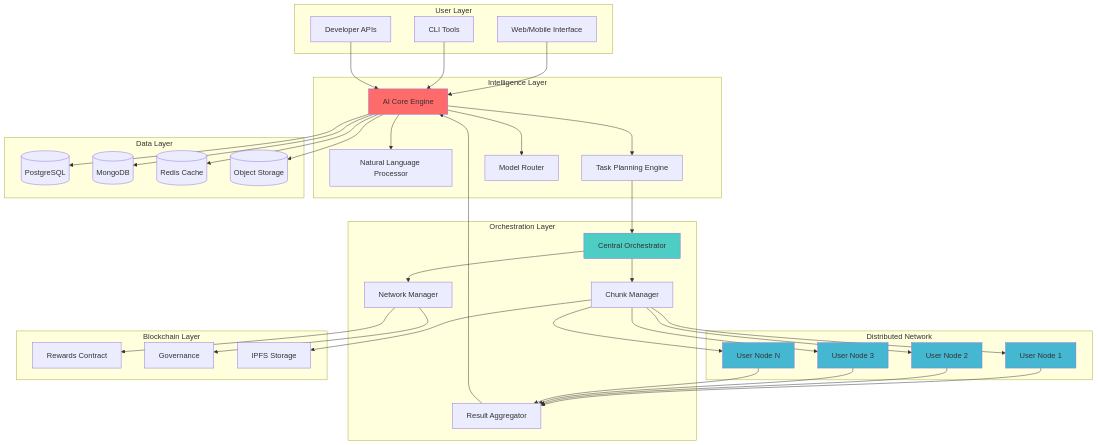
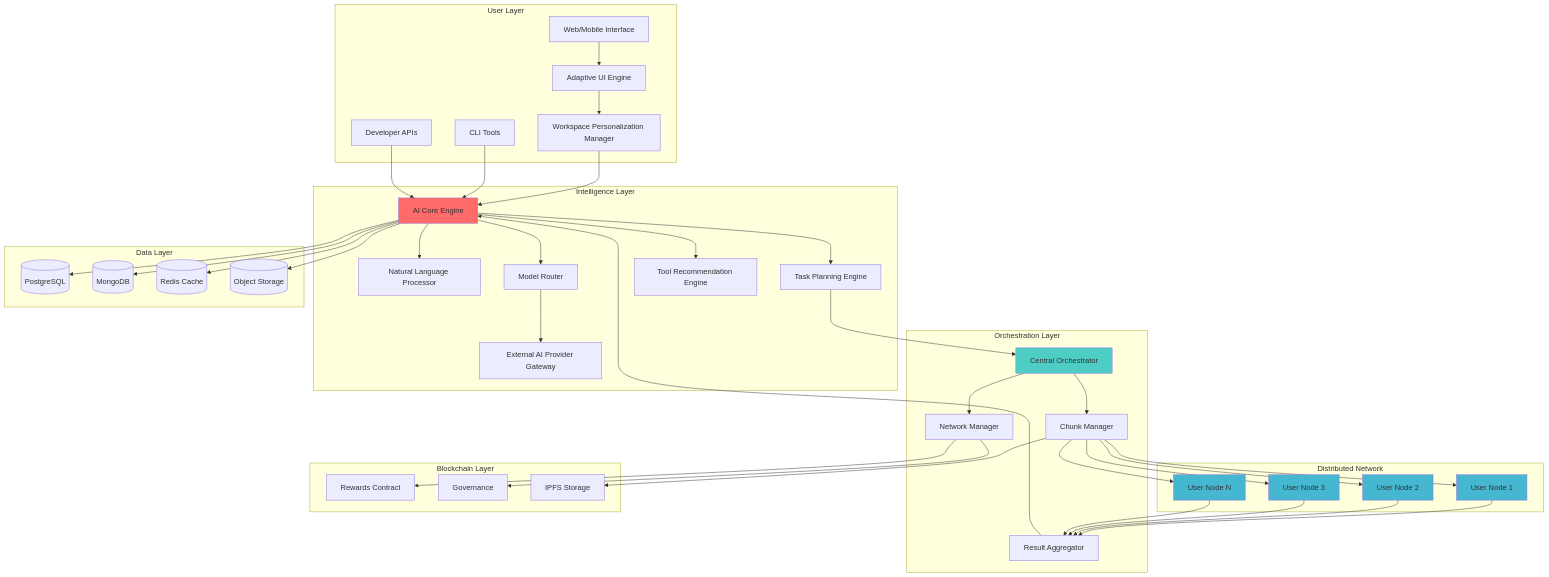
The first of 5 diagrams in docs/architecture/system-architecture.md (Ultra-Cube/Ultra-AI), drawn with Mermaid before and after one commit. The commit also changed other lines of this file and 3 other files, not shown here.

First line of the commit message:
docs(core): add adaptive workspace and model-gateway vision

```diff
--- a/docs/architecture/system-architecture.md
+++ b/docs/architecture/system-architecture.md
@@ -10,6 +10,8 @@
 graph TB
     subgraph "User Layer"
         UI[Web/Mobile Interface]
+      AdaptiveUI[Adaptive UI Engine]
+      WorkspaceManager[Workspace Personalization Manager]
         CLI[CLI Tools]
         API[Developer APIs]
     end
@@ -19,6 +21,8 @@
         NLP[Natural Language Processor]
         TaskPlanner[Task Planning Engine]
         ModelRouter[Model Router]
+        ModelGateway[External AI Provider Gateway]
+        ToolRecommender[Tool Recommendation Engine]
     end
     
     subgraph "Orchestration Layer"
@@ -48,13 +52,17 @@
         S3[(Object Storage)]
     end
     
-    UI --> AICore
+    UI --> AdaptiveUI
+    AdaptiveUI --> WorkspaceManager
+    WorkspaceManager --> AICore
     CLI --> AICore
     API --> AICore
     
     AICore --> NLP
     AICore --> TaskPlanner
     AICore --> ModelRouter
+    ModelRouter --> ModelGateway
+    AICore --> ToolRecommender
     
     TaskPlanner --> Orchestrator
     Orchestrator --> ChunkManager
```
